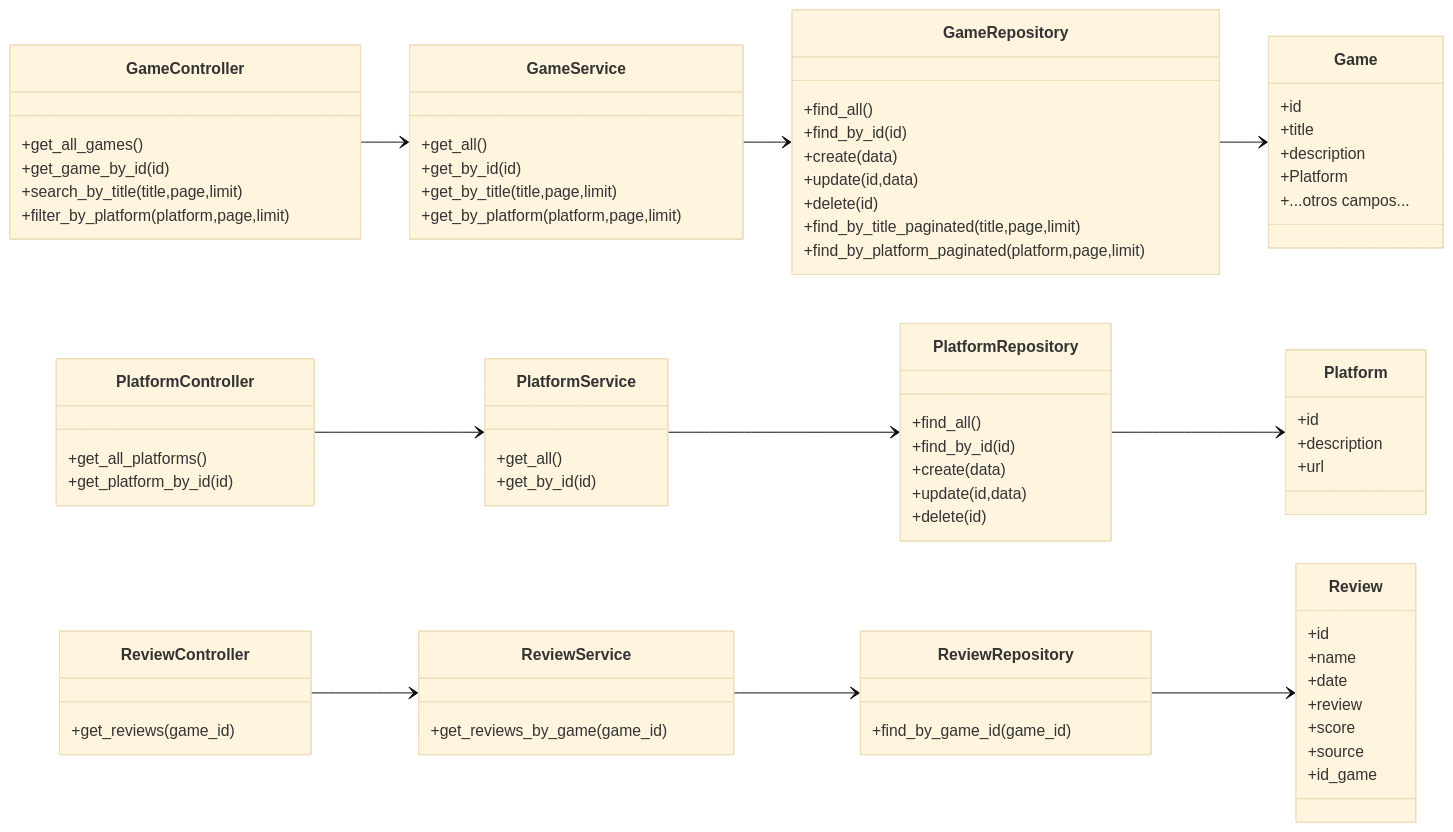
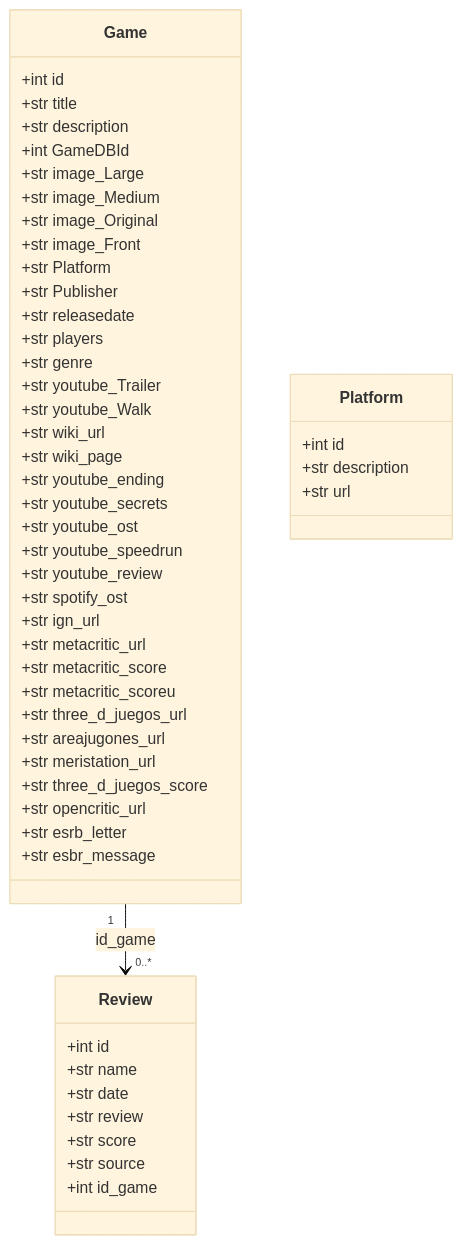
The second of 8 diagrams in DISEÑO.md (spentpark/backend-python), drawn with Mermaid (base theme) before and after one commit. The commit also changed other lines of this file and 30 other files, not shown here.

````diff
--- a/DISEÑO.md
+++ b/DISEÑO.md
@@ -22,86 +271,54 @@
 ```mermaid
 classDiagram
-    direction LR
-
-    class GameController {
-        +get_all_games()
-        +get_game_by_id(id)
-        +search_by_title(title,page,limit)
-        +filter_by_platform(platform,page,limit)
-    }
-    class PlatformController {
-        +get_all_platforms()
-        +get_platform_by_id(id)
-    }
-    class ReviewController {
-        +get_reviews(game_id)
-    }
-
-    class GameService {
-        +get_all()
-        +get_by_id(id)
-        +get_by_title(title,page,limit)
-        +get_by_platform(platform,page,limit)
-    }
-    class PlatformService {
-        +get_all()
-        +get_by_id(id)
-    }
-    class ReviewService {
-        +get_reviews_by_game(game_id)
-    }
-
-    class GameRepository {
-        +find_all()
-        +find_by_id(id)
-        +create(data)
-        +update(id,data)
-        +delete(id)
-        +find_by_title_paginated(title,page,limit)
-        +find_by_platform_paginated(platform,page,limit)
-    }
-    class PlatformRepository {
-        +find_all()
-        +find_by_id(id)
-        +create(data)
-        +update(id,data)
-        +delete(id)
-    }
-    class ReviewRepository {
-        +find_by_game_id(game_id)
-    }
-
     class Game {
-        +id
-        +title
-        +description
-        +Platform
-        +...otros campos...
+        +int id
+        +str title
+        +str description
+        +int GameDBId
+        +str image_Large
+        +str image_Medium
+        +str image_Original
+        +str image_Front
+        +str Platform
+        +str Publisher
+        +str releasedate
+        +str players
+        +str genre
+        +str youtube_Trailer
+        +str youtube_Walk
+        +str wiki_url
+        +str wiki_page
+        +str youtube_ending
+        +str youtube_secrets
+        +str youtube_ost
+        +str youtube_speedrun
+        +str youtube_review
+        +str spotify_ost
+        +str ign_url
+        +str metacritic_url
+        +str metacritic_score
+        +str metacritic_scoreu
+        +str three_d_juegos_url
+        +str areajugones_url
+        +str meristation_url
+        +str three_d_juegos_score
+        +str opencritic_url
+        +str esrb_letter
+        +str esbr_message
     }
     class Platform {
-        +id
-        +description
-        +url
+        +int id
+        +str description
+        +str url
     }
     class Review {
-        +id
-        +name
-        +date
-        +review
-        +score
-        +source
-        +id_game
+        +int id
+        +str name
+        +str date
+        +str review
+        +str score
+        +str source
+        +int id_game
     }
-
-    GameController --> GameService
-    PlatformController --> PlatformService
-    ReviewController --> ReviewService
-
-    GameService --> GameRepository
-    PlatformService --> PlatformRepository
-    ReviewService --> ReviewRepository
-
-    GameRepository --> Game
-    PlatformRepository --> Platform
-    ReviewRepository --> Review
+    Game "1" --> "0..*" Review : id_game
 ```
````
